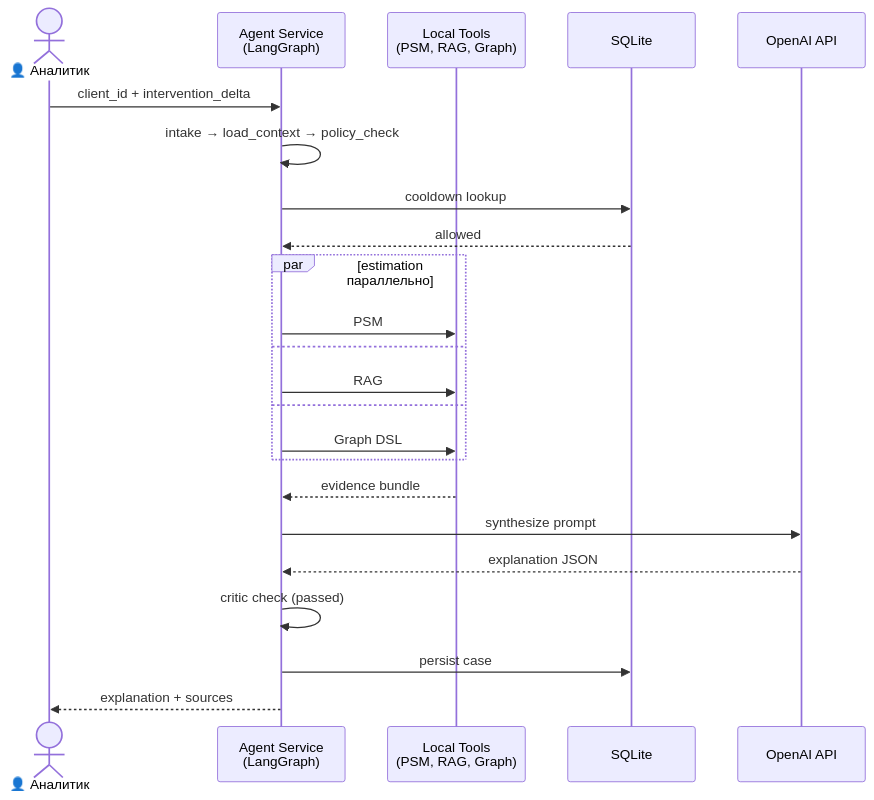
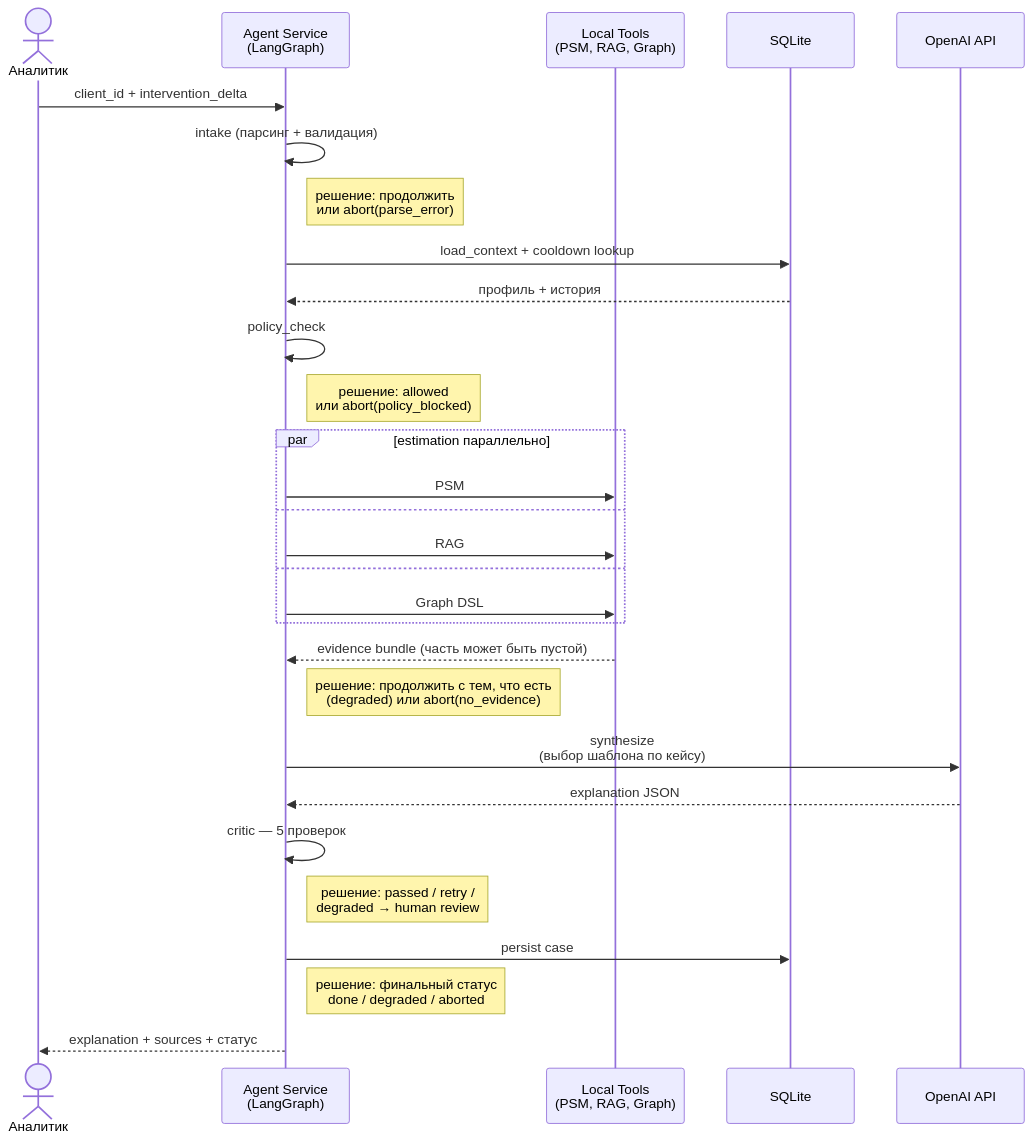
One commit to alllyuk/uplift-agent changed the diagram in docs/diagrams/sequence-happy-path.md. Above: the diagram before and after it, drawn with Mermaid. The commit also changed other lines of this file and 8 other files, not shown here.

Commit message:
add LLM-driven agency: adaptive RAG and LLM-augmented critic

````diff
--- a/docs/diagrams/sequence-happy-path.md
+++ b/docs/diagrams/sequence-happy-path.md
@@ -7,29 +7,39 @@
 ```mermaid
 sequenceDiagram
-    actor Analyst as 👤 Аналитик
+    actor Analyst as Аналитик
     participant Agent as Agent Service<br/>(LangGraph)
     participant Tools as Local Tools<br/>(PSM, RAG, Graph)
     participant DB as SQLite
     participant LLM as OpenAI API
 
     Analyst->>Agent: client_id + intervention_delta
-    Agent->>Agent: intake → load_context → policy_check
-    Agent->>DB: cooldown lookup
-    DB-->>Agent: allowed
+
+    Agent->>Agent: intake (парсинг + валидация)
+    Note right of Agent: решение: продолжить<br/>или abort(parse_error)
+
+    Agent->>DB: load_context + cooldown lookup
+    DB-->>Agent: профиль + история
+    Agent->>Agent: policy_check
+    Note right of Agent: решение: allowed<br/>или abort(policy_blocked)
 
     par estimation параллельно
         Agent->>Tools: PSM
     and
         Agent->>Tools: RAG
     and
         Agent->>Tools: Graph DSL
     end
-    Tools-->>Agent: evidence bundle
+    Tools-->>Agent: evidence bundle (часть может быть пустой)
+    Note right of Agent: решение: продолжить с тем, что есть<br/>(degraded) или abort(no_evidence)
 
-    Agent->>LLM: synthesize prompt
+    Agent->>LLM: synthesize<br/>(выбор шаблона по кейсу)
     LLM-->>Agent: explanation JSON
-    Agent->>Agent: critic check (passed)
+
+    Agent->>Agent: critic — 5 проверок
+    Note right of Agent: решение: passed / retry /<br/>degraded → human review
 
     Agent->>DB: persist case
-    Agent-->>Analyst: explanation + sources
+    Note right of Agent: решение: финальный статус<br/>done / degraded / aborted
+
+    Agent-->>Analyst: explanation + sources + статус
 ```
````
